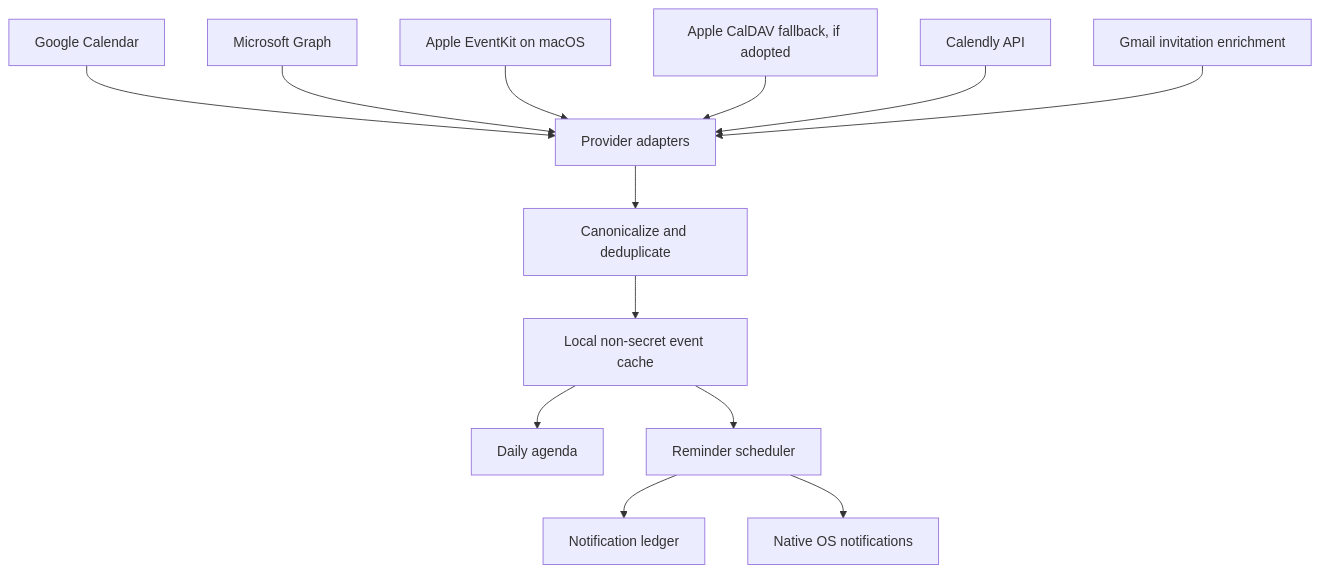
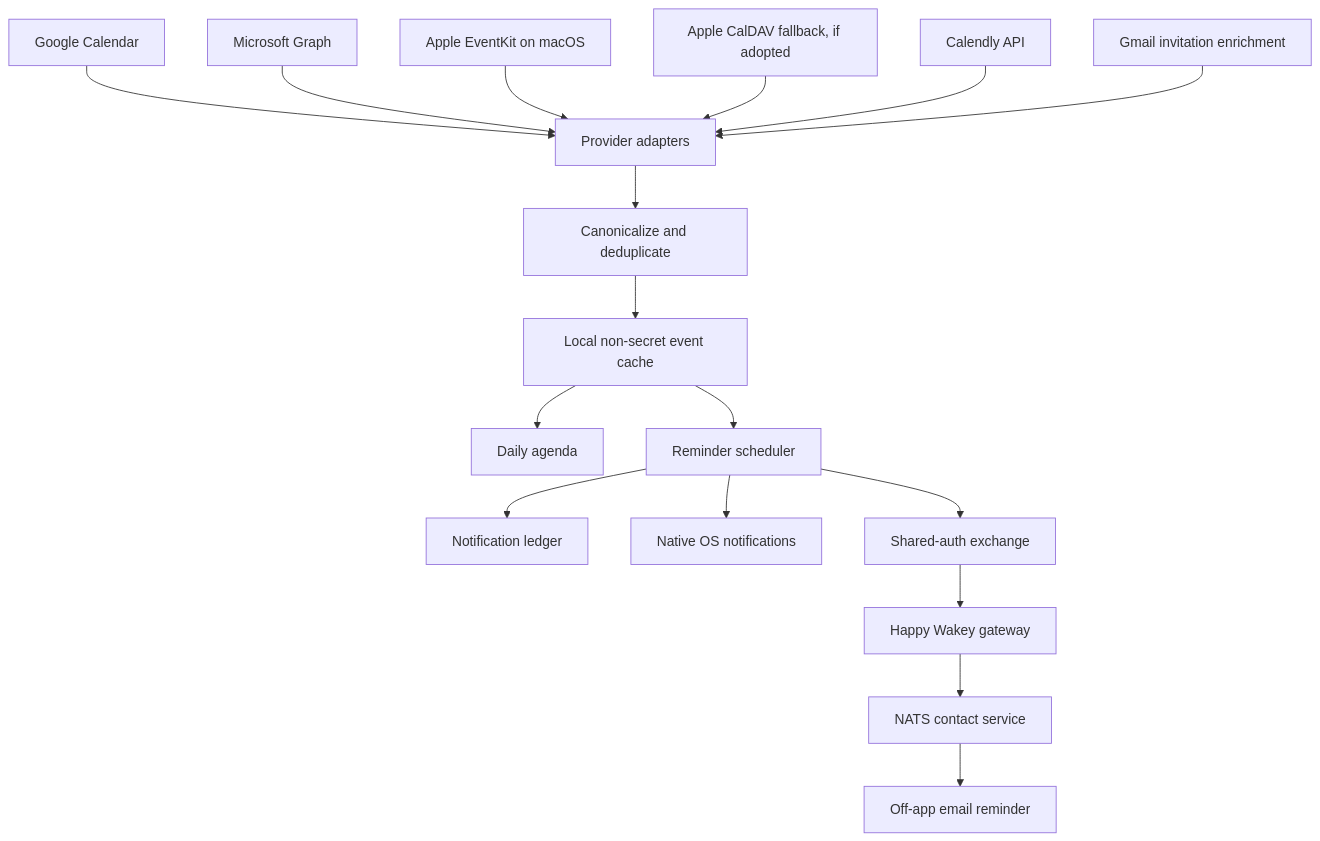
Before and after one commit to ORESoftware/happy-wakey.rs: the diagram in docs/CALENDAR_NOTIFICATIONS_AND_REMINDERS.md, drawn with Mermaid. The commit also changed other lines of this file and 14 other files, not shown here.

````diff
--- a/docs/CALENDAR_NOTIFICATIONS_AND_REMINDERS.md
+++ b/docs/CALENDAR_NOTIFICATIONS_AND_REMINDERS.md
@@ -86,15 +86,19 @@
 ```mermaid
 flowchart TD
     Google["Google Calendar"] --> Adapters["Provider adapters"]
     Microsoft["Microsoft Graph"] --> Adapters
     EventKit["Apple EventKit on macOS"] --> Adapters
     CalDAV["Apple CalDAV fallback, if adopted"] --> Adapters
     Calendly["Calendly API"] --> Adapters
     Gmail["Gmail invitation enrichment"] --> Adapters
     Adapters --> Normalize["Canonicalize and deduplicate"]
     Normalize --> Cache["Local non-secret event cache"]
     Cache --> Agenda["Daily agenda"]
     Cache --> Scheduler["Reminder scheduler"]
     Scheduler --> Ledger["Notification ledger"]
     Scheduler --> Native["Native OS notifications"]
+    Scheduler --> SharedAuth["Shared-auth exchange"]
+    SharedAuth --> Gateway["Happy Wakey gateway"]
+    Gateway --> Contact["NATS contact service"]
+    Contact --> Email["Off-app email reminder"]
 ```
````
